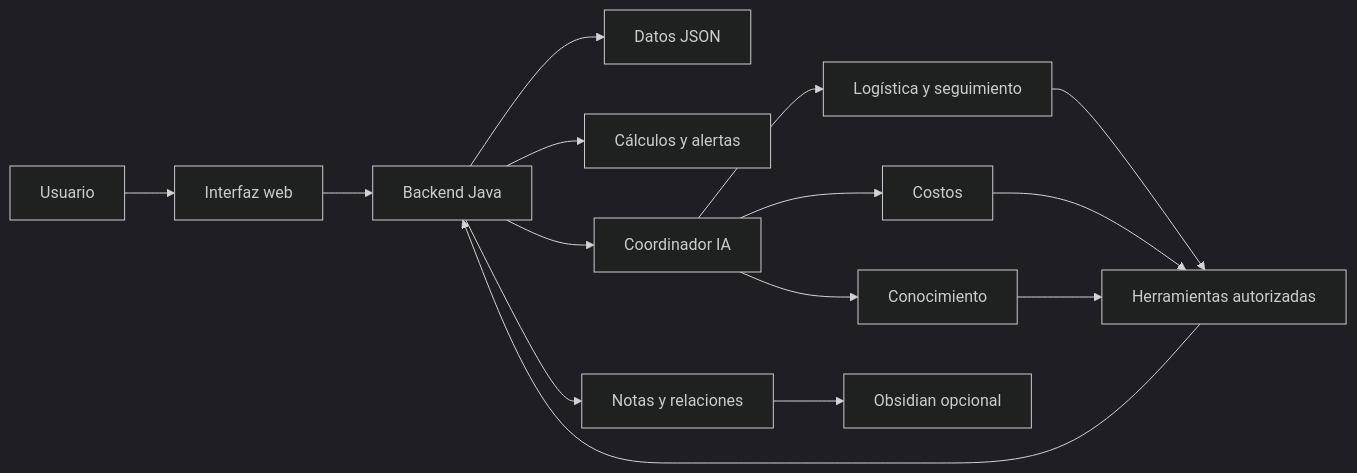
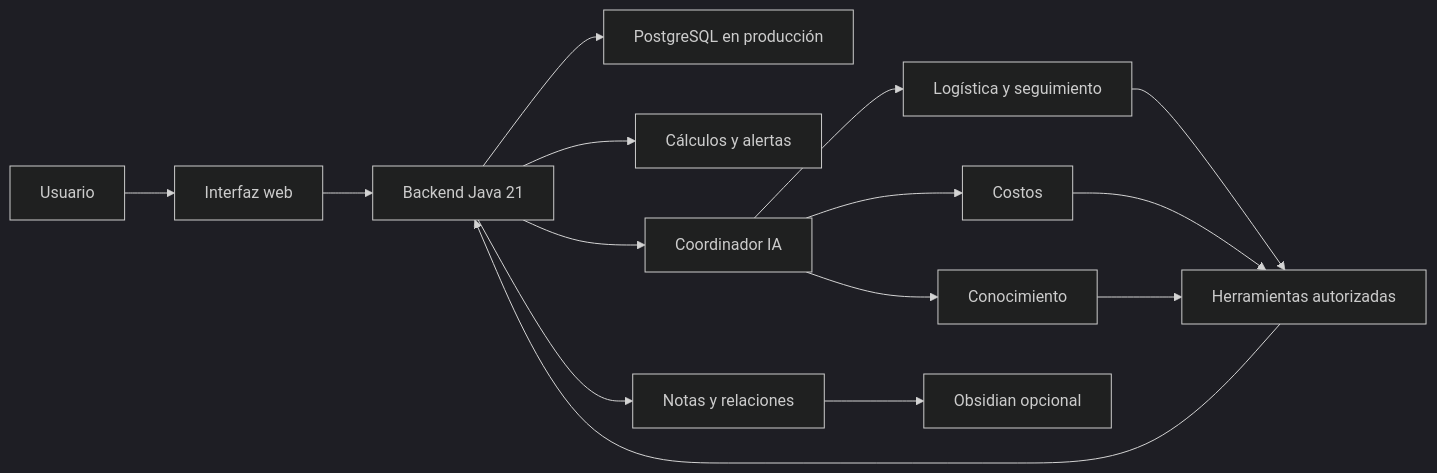
Before and after one commit to luz-dari-c/ObraPlan: the diagram in README.md, drawn with Mermaid (dark theme). The commit also changed other lines of this file and 34 other files, not shown here.

Commit message:
Evoluciona ObraPlan con PostgreSQL, sesiones durables, catalogos y diseno minimalista

````diff
--- a/README.md
+++ b/README.md
@@ -26,17 +27,17 @@
 ```mermaid
 flowchart LR
     U[Usuario] --> F[Interfaz web]
-    F --> J[Backend Java]
-    J --> D[Datos JSON]
+    F --> J[Backend Java 21]
+    J --> D[PostgreSQL en producción]
     J --> R[Cálculos y alertas]
     J --> A[Coordinador IA]
     A --> L[Logística y seguimiento]
     A --> C[Costos]
     A --> K[Conocimiento]
     L --> T[Herramientas autorizadas]
     C --> T
     K --> T
     T --> J
     J --> G[Notas y relaciones]
     G --> O[Obsidian opcional]
 ```
````
